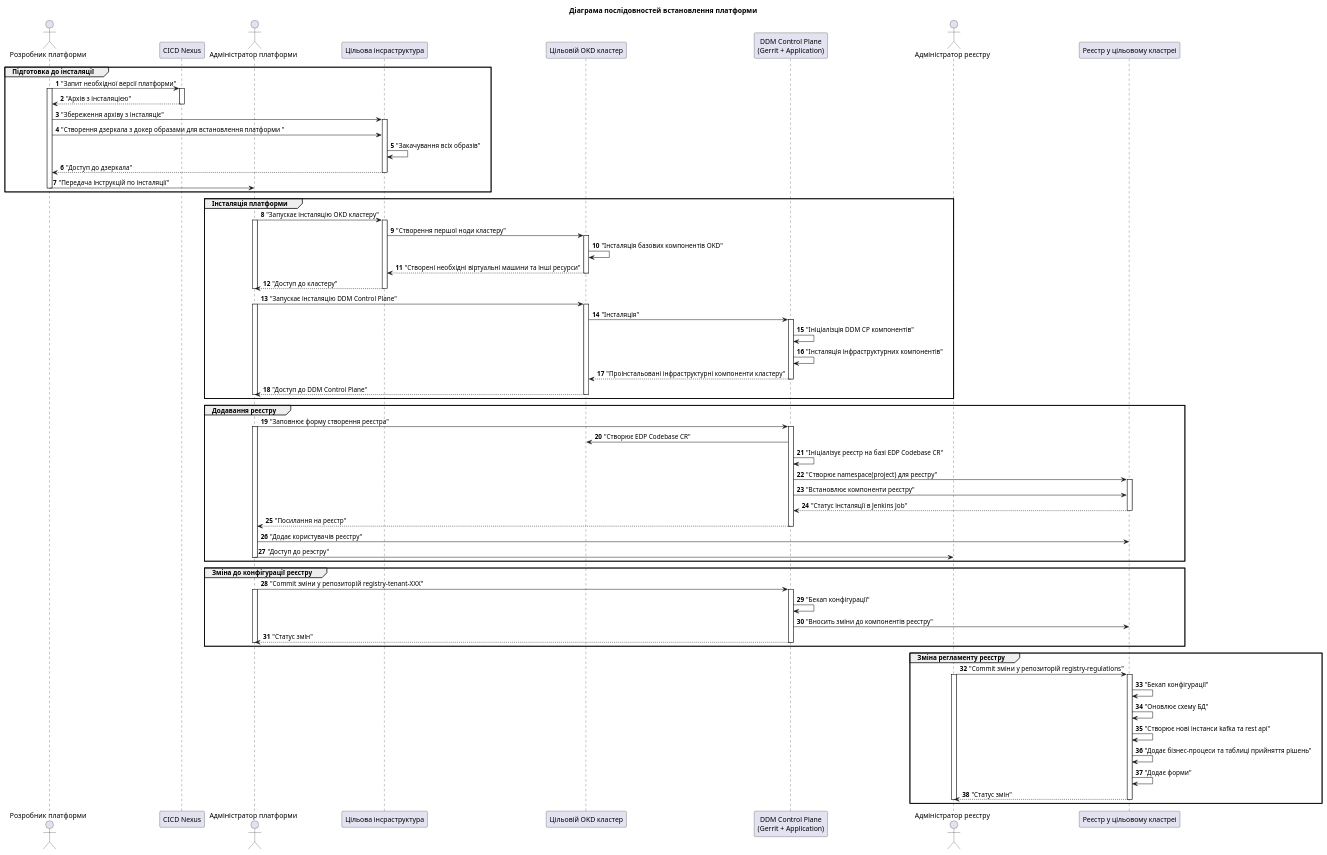
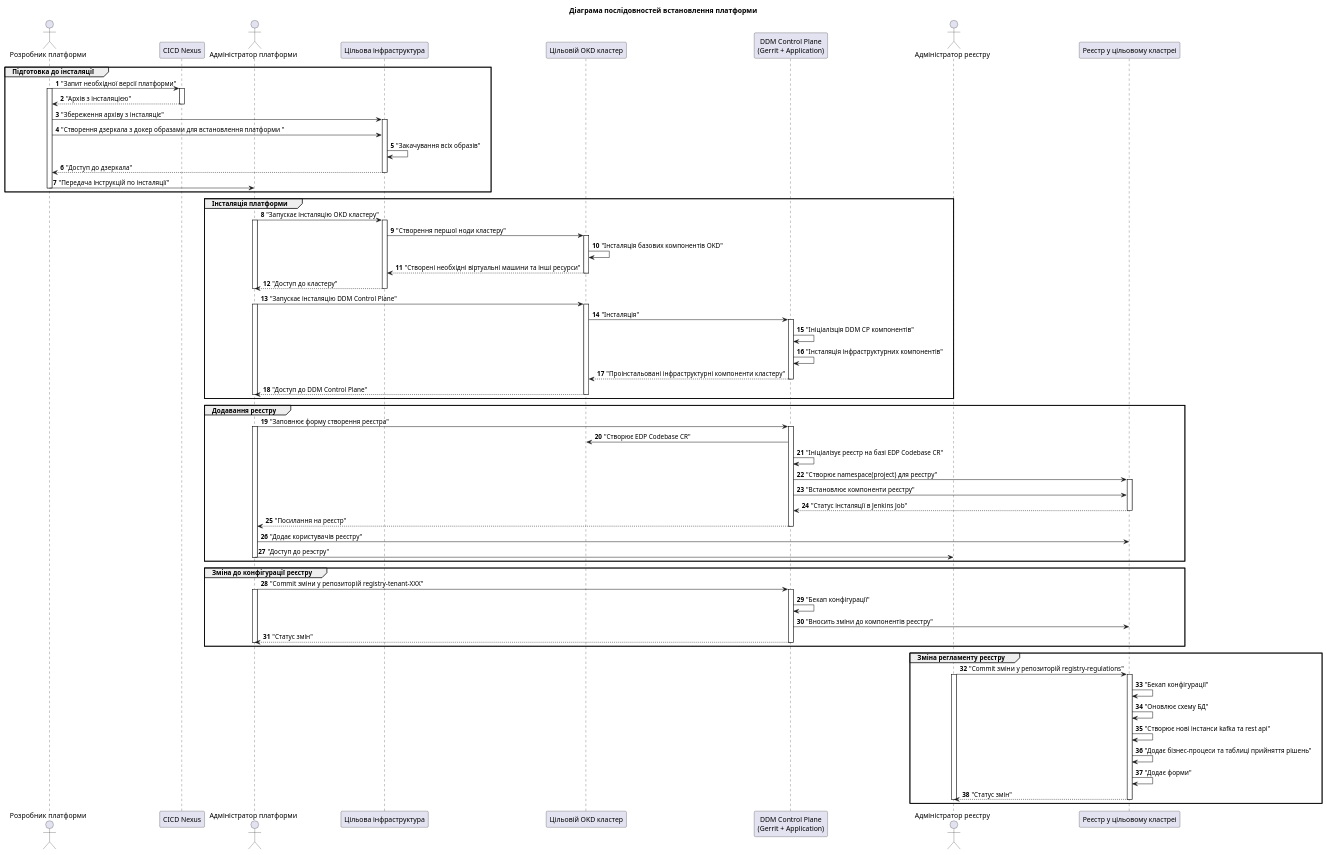
Before and after one commit to epam/edp-ddm-architecture: the diagram in infrastructure/ddm-platform-install.puml, drawn with PlantUML. The commit also changed 2 other files, not shown here.

```diff
--- a/infrastructure/ddm-platform-install.puml
+++ b/infrastructure/ddm-platform-install.puml
@@ -1,100 +1,100 @@
 @startuml
 actor "Розробник платформи" as devops order 10
 participant "CICD Nexus" as cicd_nexus  order 20
 actor "Адміністратор платформи" as admin  order 30
-participant "Цільова інсраструктура" as target_infra  order 40
+participant "Цільова інфраструктура" as target_infra  order 40
 participant "Цільовій OKD кластер" as target_cluster  order 50
 participant "DDM Control Plane\n(Gerrit + Application)" as ddm_cp  order 60
 actor "Адміністратор реєстру" as registry_admin  order 70
 participant "Реєстр у цільовому кластреі" as registry  order 80
 
 title Діаграма послідовностей встановлення платформи
 autonumber
 
 group Підготовка до інсталяції
   devops -> cicd_nexus: "Запит необхідної версії платформи"
   activate devops
     activate cicd_nexus
       return "Архів з інсталяцією"
     deactivate cicd_nexus
     devops -> target_infra: "Збереження архіву з інсталяціє"
     activate target_infra
       devops -> target_infra: "Створення дзеркала з докер образами для встановлення платформи "
       target_infra -> target_infra: "Закачування всіх образів"
       return "Доступ до дзеркала"
     deactivate target_infra
   devops -> admin: "Передача інструкцій по інсталяції"
   deactivate devops
 end
 
 group Інсталяція платформи
   admin -> target_infra: "Запускає інсталяцію OKD кластеру"
   activate admin
     activate target_infra
       target_infra -> target_cluster: "Створення першої ноди кластеру"
       activate target_cluster
         target_cluster -> target_cluster: "Інсталяція базових компонентів OKD"
         return  "Створені необхідні віртуальні машини та інші ресурси"
       deactivate target_cluster
       return "Доступ до кластеру"
     deactivate target_infra
   deactivate admin
   admin -> target_cluster: "Запускає інсталяцію DDM Control Plane"
   activate admin
     activate target_cluster
       target_cluster -> ddm_cp: "Інсталяція"
       activate ddm_cp
         ddm_cp -> ddm_cp: "Ініціалізція DDM CP компонентів"
         ddm_cp -> ddm_cp: "Інсталяція інфраструктурних компонентів"
         return "Проінстальовані інфраструктурні компоненти кластеру"
       deactivate ddm_cp
       return "Доступ до DDM Control Plane"
     deactivate target_cluster
   deactivate admin
 end
 
 group Додавання реєстру
   admin -> ddm_cp: "Заповнює форму створення реєстра"
   activate admin
     activate ddm_cp
       ddm_cp -> target_cluster: "Створює EDP Codebase CR"
       ddm_cp -> ddm_cp: "Ініціалізує реєстр на базі EDP Codebase CR"
       ddm_cp -> registry: "Створює namespace(project) для реєстру"
       activate registry
         ddm_cp -> registry: "Встановлює компоненти реєстру"
         return "Статус інсталяції в Jenkins Job"
       deactivate registry
       return "Посилання на реєстр"
     deactivate ddm_cp
     admin -> registry: "Додає користувачів реєстру"
     admin -> registry_admin: "Доступ до реэстру"
   deactivate admin
 end
 
 group Зміна до конфігурації реєстру
   admin -> ddm_cp: "Commit зміни у репозиторій registry-tenant-XXX"
   activate admin
     activate ddm_cp
       ddm_cp -> ddm_cp: "Бекап конфігурації"
       ddm_cp -> registry: "Вносить зміни до компонентів реєстру"
       admin <-- ddm_cp: "Статус змін"
     deactivate ddm_cp
   deactivate admin
 end
 
 group Зміна регламенту реєстру
   registry_admin -> registry: "Commit зміни у репозиторій registry-regulations"
   activate registry_admin
     activate registry
       registry -> registry: "Бекап конфігурації"
       registry -> registry: "Оновлює схему БД"
       registry -> registry: "Створює нові інстанси kafka та rest api"
       registry -> registry: "Додає бізнес-процеси та таблиці прийняття рішень"
       registry -> registry: "Додає форми"
       registry_admin <-- registry: "Статус змін"
     deactivate registry
   deactivate registry_admin
 end
 
 
 @enduml
```
